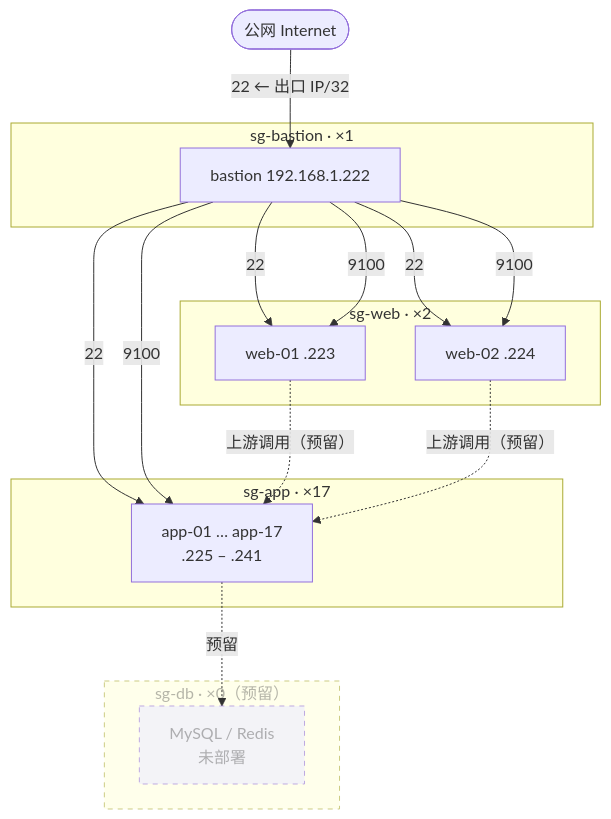
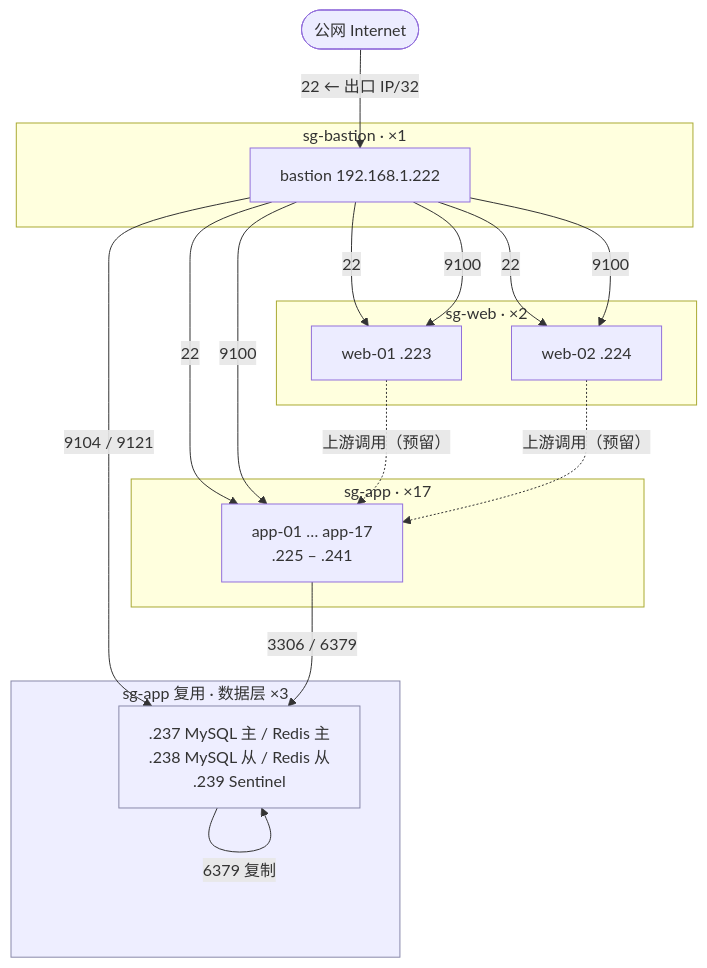
The diagram in docs/architecture.md (huailimao/ops-lab), drawn with Mermaid before and after one commit. The commit also changed other lines of this file and 17 other files, not shown here.

First line of the commit message:
feat(data-layer): MySQL GTID 主从 + Redis 主从哨兵 + Alertmanager 告警链路

````diff
--- a/docs/architecture.md
+++ b/docs/architecture.md
@@ -16,35 +20,39 @@
 ```mermaid
 flowchart TB
     Internet([公网 Internet])
 
     subgraph SGB["sg-bastion · ×1"]
         B1["bastion 192.168.1.222"]
     end
 
     subgraph SGW["sg-web · ×2"]
         W1["web-01 .223"]
         W2["web-02 .224"]
     end
 
     subgraph SGA["sg-app · ×17"]
         A1["app-01 … app-17<br/>.225 – .241"]
     end
 
-    subgraph SGD["sg-db · ×0（预留）"]
-        D1["MySQL / Redis<br/>未部署"]
+    subgraph SGD["sg-app 复用 · 数据层 ×3"]
+        D1[".237 MySQL 主 / Redis 主
+        .238 MySQL 从 / Redis 从
+        .239 Sentinel"]
     end
 
     Internet -->|"22 ← 出口 IP/32"| B1
     B1 -->|"22"| W1
     B1 -->|"22"| W2
     B1 -->|"22"| A1
     B1 -->|"9100"| W1
     B1 -->|"9100"| W2
     B1 -->|"9100"| A1
+    B1 -->|"9104 / 9121"| D1
     W1 -.->|"上游调用（预留）"| A1
     W2 -.->|"上游调用（预留）"| A1
-    A1 -.->|"预留"| D1
+    A1 -->|"3306 / 6379"| D1
+    D1 -->|"6379 复制"| D1
 
-    classDef plan stroke-dasharray: 5 5,opacity:0.6
-    class SGD,D1 plan
+    classDef data fill:#eef,stroke:#88a
+    class SGD,D1 data
 ```
````
